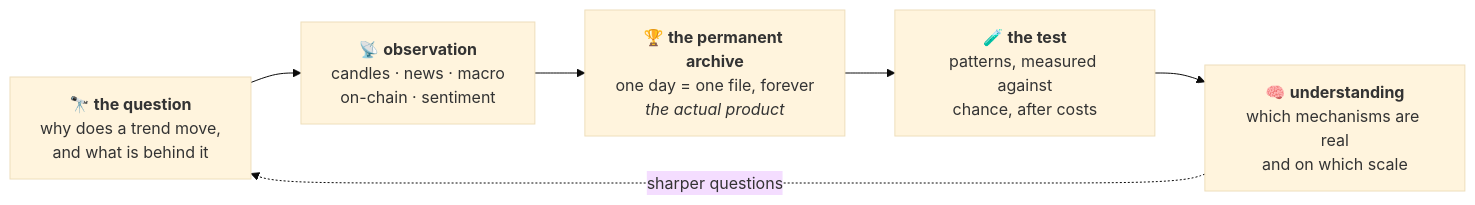
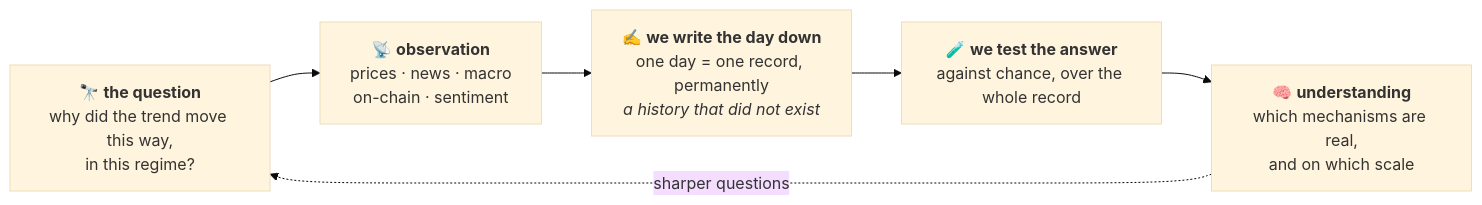
Before and after one commit to orbilob/orbitron-public: the diagram in 01 — THE IDEA/Why this exists.md, drawn with Mermaid (base theme). The commit also changed other lines of this file and 24 other files, not shown here.

````diff
--- a/01 — THE IDEA/Why this exists.md
+++ b/01 — THE IDEA/Why this exists.md
@@ -67,11 +48,11 @@
 ```mermaid
 flowchart LR
-    Q["🔭 <b>the question</b><br/>why does a trend move,<br/>and what is behind it"]
-    OBS["📡 <b>observation</b><br/>candles · news · macro<br/>on-chain · sentiment"]
-    ARCH["🏆 <b>the permanent archive</b><br/>one day = one file, forever<br/><i>the actual product</i>"]
-    TEST["🧪 <b>the test</b><br/>patterns, measured against<br/>chance, after costs"]
-    UND["🧠 <b>understanding</b><br/>which mechanisms are real<br/>and on which scale"]
+    Q["🔭 <b>the question</b><br/>why did the trend move this way,<br/>in this regime?"]
+    OBS["📡 <b>observation</b><br/>prices · news · macro<br/>on-chain · sentiment"]
+    ARCH["✍️ <b>we write the day down</b><br/>one day = one record, permanently<br/><i>a history that did not exist</i>"]
+    TEST["🧪 <b>we test the answer</b><br/>against chance, over the whole record"]
+    UND["🧠 <b>understanding</b><br/>which mechanisms are real,<br/>and on which scale"]
 
     Q --> OBS --> ARCH --> TEST --> UND
     UND -.->|"sharper questions"| Q
 ```
````
